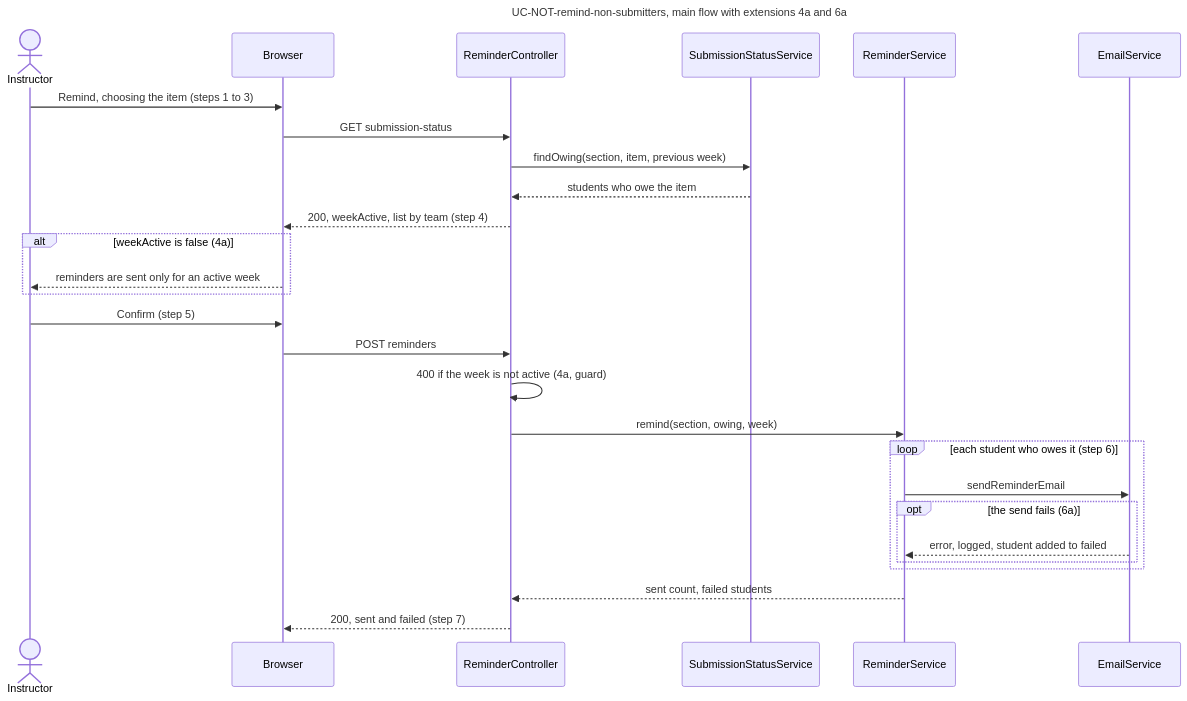
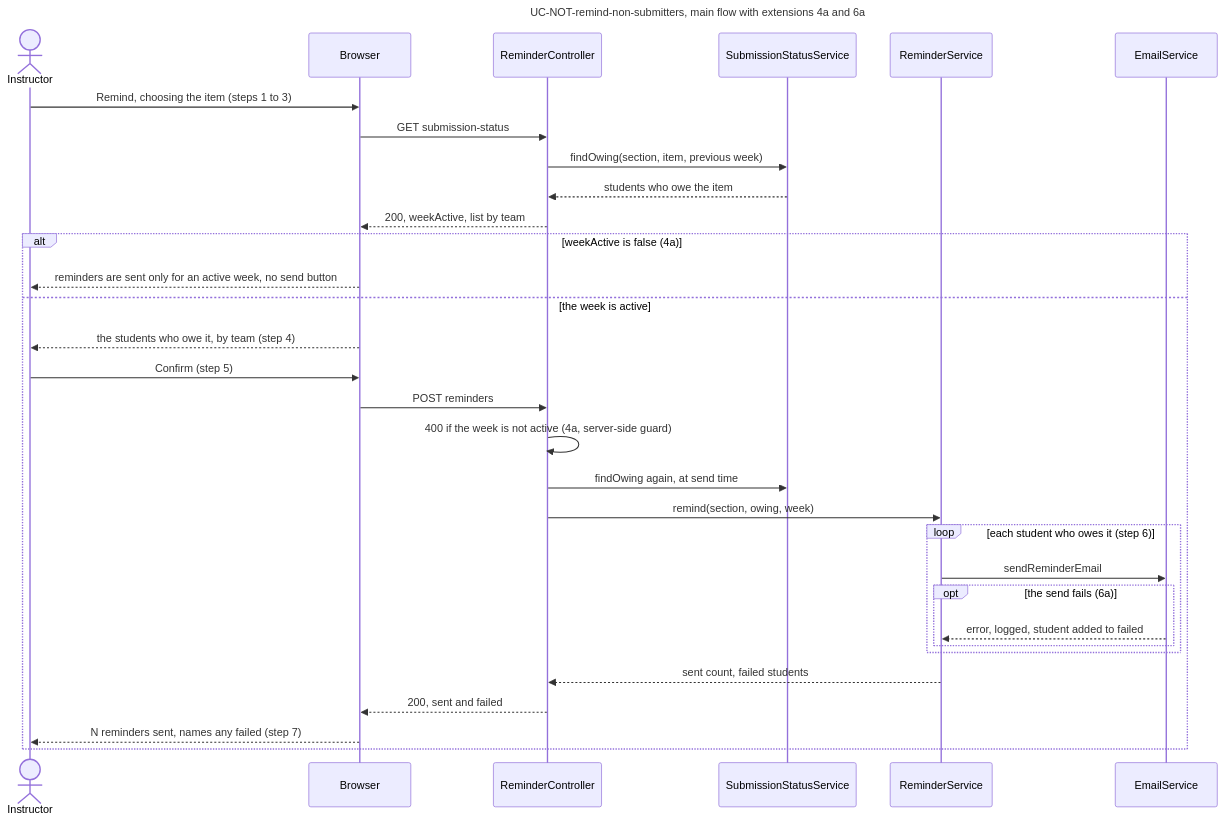
One commit to Washingtonwei/cosc-40943 changed the second of 3 diagrams in docs/modules/design-of-record.md. Above: the diagram before and after it, drawn with Mermaid. The commit also changed other lines of this file and 5 other files, not shown here.

````diff
--- a/docs/modules/design-of-record.md
+++ b/docs/modules/design-of-record.md
@@ -171,32 +171,36 @@
 ```mermaid
 ---
 title: UC-NOT-remind-non-submitters, main flow with extensions 4a and 6a
 ---
 sequenceDiagram
     actor I as Instructor
     participant SPA as Browser
     participant RC as ReminderController
     participant SS as SubmissionStatusService
     participant RS as ReminderService
     participant EM as EmailService
     I->>SPA: Remind, choosing the item (steps 1 to 3)
     SPA->>RC: GET submission-status
     RC->>SS: findOwing(section, item, previous week)
     SS-->>RC: students who owe the item
-    RC-->>SPA: 200, weekActive, list by team (step 4)
+    RC-->>SPA: 200, weekActive, list by team
     alt weekActive is false (4a)
-        SPA-->>I: reminders are sent only for an active week
+        SPA-->>I: reminders are sent only for an active week, no send button
+    else the week is active
+        SPA-->>I: the students who owe it, by team (step 4)
+        I->>SPA: Confirm (step 5)
+        SPA->>RC: POST reminders
+        RC->>RC: 400 if the week is not active (4a, server-side guard)
+        RC->>SS: findOwing again, at send time
+        RC->>RS: remind(section, owing, week)
+        loop each student who owes it (step 6)
+            RS->>EM: sendReminderEmail
+            opt the send fails (6a)
+                EM-->>RS: error, logged, student added to failed
+            end
+        end
+        RS-->>RC: sent count, failed students
+        RC-->>SPA: 200, sent and failed
+        SPA-->>I: N reminders sent, names any failed (step 7)
     end
-    I->>SPA: Confirm (step 5)
-    SPA->>RC: POST reminders
-    RC->>RC: 400 if the week is not active (4a, guard)
-    RC->>RS: remind(section, owing, week)
-    loop each student who owes it (step 6)
-        RS->>EM: sendReminderEmail
-        opt the send fails (6a)
-            EM-->>RS: error, logged, student added to failed
-        end
-    end
-    RS-->>RC: sent count, failed students
-    RC-->>SPA: 200, sent and failed (step 7)
 ```
````
